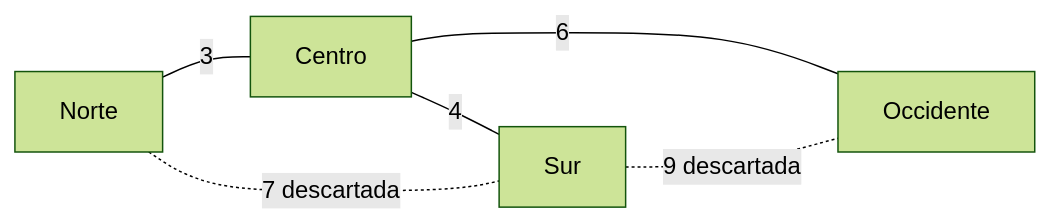
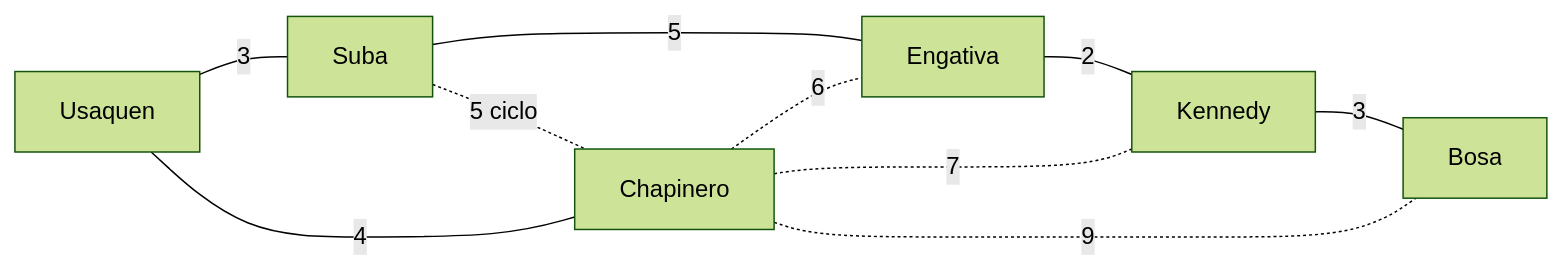
The second of 5 diagrams in web/public/content/foundations/modulo-12.md (NICORUIZ93/The_Imperial_Book), drawn with Mermaid (forest theme) before and after one commit. The commit also changed other lines of this file, not shown here.

````diff
--- a/web/public/content/foundations/modulo-12.md
+++ b/web/public/content/foundations/modulo-12.md
@@ -106,8 +653,12 @@
 ```mermaid
 graph LR
-    N[Norte] -- 3 --- C[Centro]
-    C -- 4 --- S[Sur]
-    C -- 6 --- O[Occidente]
-    N -. 7 descartada .- S
-    S -. 9 descartada .- O
+    U[Usaquen] -- 3 --- S[Suba]
+    U -- 4 --- C[Chapinero]
+    S -- 5 --- E[Engativa]
+    E -- 2 --- K[Kennedy]
+    K -- 3 --- B[Bosa]
+    S -. 5 ciclo .- C
+    C -. 6 .- E
+    C -. 7 .- K
+    C -. 9 .- B
 ```
````
